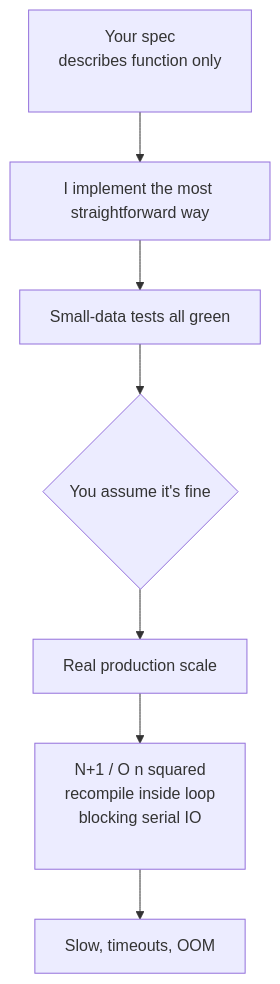
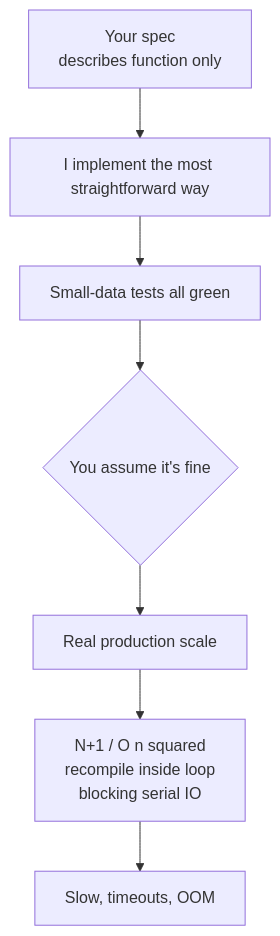
The diagram in i18n/en/docusaurus-plugin-content-docs/current/04-detailed-design/performance-antipatterns.mdx (XuebinMa/AIWiki), drawn with Mermaid before and after one commit. The commit also changed 99 other files, not shown here.

First line of the commit message:
fix(mermaid): 全局根治节点文字裁切（htmlLabels:false + 清理 br/nbsp 占位）(#26)

````diff
--- a/i18n/en/docusaurus-plugin-content-docs/current/04-detailed-design/performance-antipatterns.mdx
+++ b/i18n/en/docusaurus-plugin-content-docs/current/04-detailed-design/performance-antipatterns.mdx
@@ -50,9 +50,9 @@
 ```mermaid
 flowchart TD
-    A[Your spec<br/>describes function only<br/>&nbsp;] --> B[I implement the most straightforward way]
+    A[Your spec<br/>describes function only] --> B[I implement the most straightforward way]
     B --> C[Small-data tests all green]
     C --> D{You assume it's fine}
     D --> E[Real production scale]
-    E --> F[N+1 / O n squared<br/>recompile inside loop<br/>blocking serial IO<br/>&nbsp;]
+    E --> F[N+1 / O n squared<br/>recompile inside loop<br/>blocking serial IO]
     F --> G[Slow, timeouts, OOM]
 ```
````
